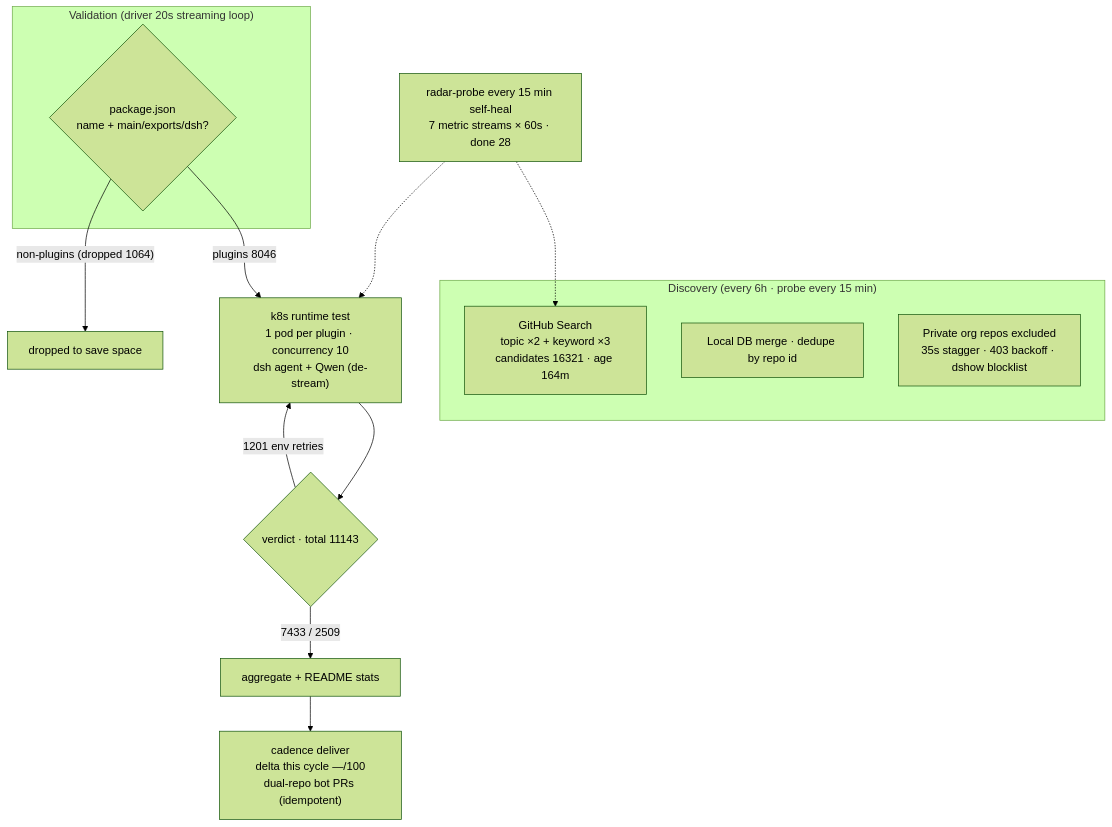
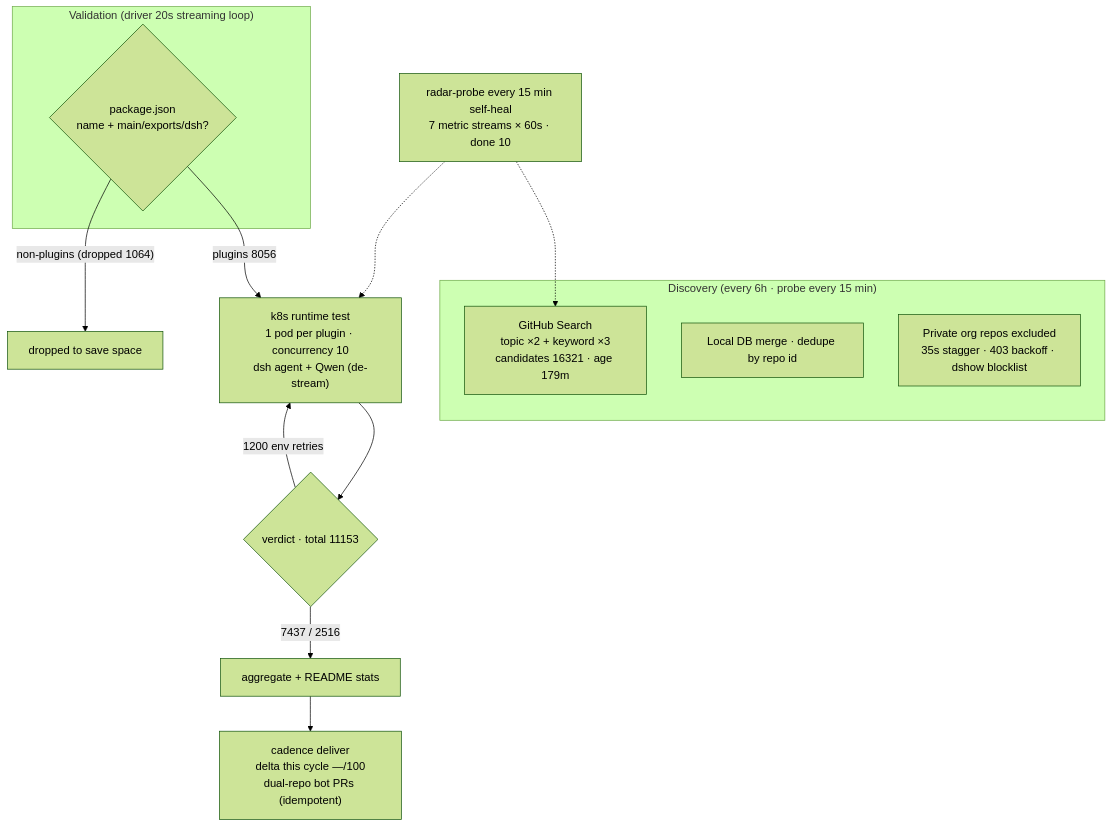
Before and after one commit to AdamPlatin123/awesome-dsh-plugins: the diagram in README.en-US.md, drawn with Mermaid (forest theme). The commit also changed other lines of this file and 5 other files, not shown here.

````diff
--- a/README.en-US.md
+++ b/README.en-US.md
@@ -45,20 +45,20 @@
 ```mermaid
 flowchart TB
     subgraph Discovery["Discovery (every 6h · probe every 15 min)"]
-        A1["GitHub Search<br/>topic ×2 + keyword ×3<br/>candidates 16321 · age 164m"]
+        A1["GitHub Search<br/>topic ×2 + keyword ×3<br/>candidates 16321 · age 179m"]
         A2["Local DB merge · dedupe by repo id"]
         A3["Private org repos excluded<br/>35s stagger · 403 backoff · dshow blocklist"]
     end
     subgraph Validation["Validation (driver 20s streaming loop)"]
         B1{"package.json<br/>name + main/exports/dsh?"}
     end
-    B1 -->|"plugins 8046"| C1["k8s runtime test<br/>1 pod per plugin · concurrency 10<br/>dsh agent + Qwen (de-stream)"]
+    B1 -->|"plugins 8056"| C1["k8s runtime test<br/>1 pod per plugin · concurrency 10<br/>dsh agent + Qwen (de-stream)"]
     B1 -->|"non-plugins (dropped 1064)"| B3["dropped to save space"]
-    C1 --> D1{"verdict · total 11143"}
-    D1 -->|"7433 / 2509"| E1["aggregate + README stats"]
-    D1 -->|"1201 env retries"| C1
+    C1 --> D1{"verdict · total 11153"}
+    D1 -->|"7437 / 2516"| E1["aggregate + README stats"]
+    D1 -->|"1200 env retries"| C1
     E1 --> E2["cadence deliver<br/>delta this cycle —/100<br/>dual-repo bot PRs (idempotent)"]
-    M["radar-probe every 15 min self-heal<br/>7 metric streams × 60s · done 28"]
+    M["radar-probe every 15 min self-heal<br/>7 metric streams × 60s · done 10"]
     M -.-> A1
     M -.-> C1
 ```
````
